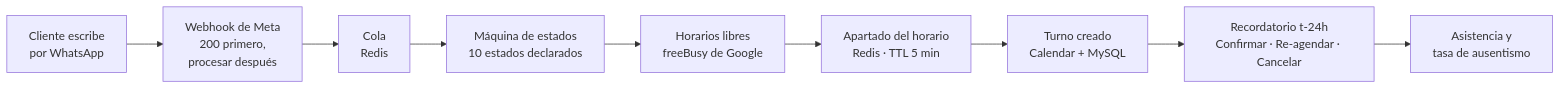
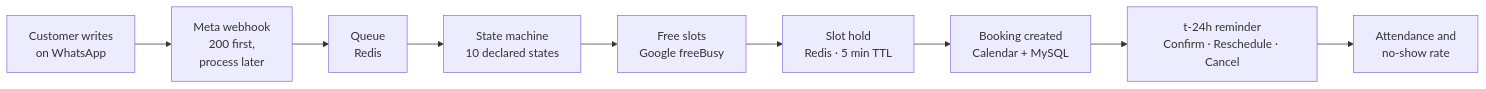
One commit to diegomottadev/agendallena changed the diagram in README.md. Above: the diagram before and after it, drawn with Mermaid. The commit also changed other lines of this file, not shown here.

````diff
--- a/README.md
+++ b/README.md
@@ -37,11 +37,11 @@
 ```mermaid
 flowchart LR
-    A["Cliente escribe<br>por WhatsApp"] --> B["Webhook de Meta<br>200 primero,<br>procesar después"]
-    B --> C["Cola<br>Redis"]
-    C --> D["Máquina de estados<br>10 estados declarados"]
-    D --> E["Horarios libres<br>freeBusy de Google"]
-    E --> F["Apartado del horario<br>Redis · TTL 5 min"]
-    F --> G["Turno creado<br>Calendar + MySQL"]
-    G --> H["Recordatorio t-24h<br>Confirmar · Re-agendar · Cancelar"]
-    H --> I["Asistencia y<br>tasa de ausentismo"]
+    A["Customer writes<br>on WhatsApp"] --> B["Meta webhook<br>200 first,<br>process later"]
+    B --> C["Queue<br>Redis"]
+    C --> D["State machine<br>10 declared states"]
+    D --> E["Free slots<br>Google freeBusy"]
+    E --> F["Slot hold<br>Redis · 5 min TTL"]
+    F --> G["Booking created<br>Calendar + MySQL"]
+    G --> H["t-24h reminder<br>Confirm · Reschedule · Cancel"]
+    H --> I["Attendance and<br>no-show rate"]
 ```
````
